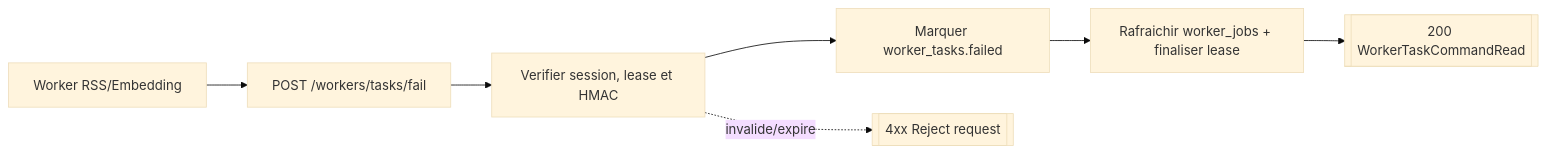
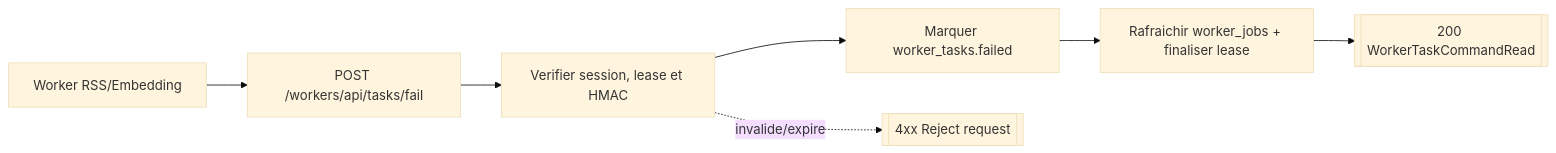
The fourth of 8 diagrams in backend/routes/workers.md (Manifeed/docs), drawn with Mermaid (base theme) before and after one commit. The commit also changed other lines of this file and 12 other files, not shown here.

````diff
--- a/backend/routes/workers.md
+++ b/backend/routes/workers.md
@@ -129,9 +129,9 @@
 ```mermaid
 flowchart LR
-    worker["Worker RSS/Embedding"] --> route["POST /workers/tasks/fail"]
+    worker["Worker RSS/Embedding"] --> route["POST /workers/api/tasks/fail"]
     route --> verify["Verifier session, lease et HMAC"]
     verify --> fail["Marquer worker_tasks.failed"]
     fail --> refresh["Rafraichir worker_jobs + finaliser lease"]
     refresh --> response[["200 WorkerTaskCommandRead"]]
     verify -. invalide/expire .-> e4xx[["4xx Reject request"]]
 ```
````
